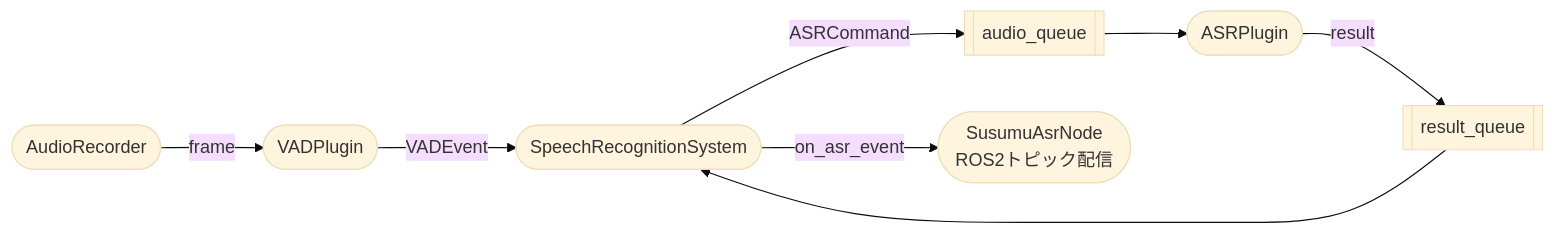
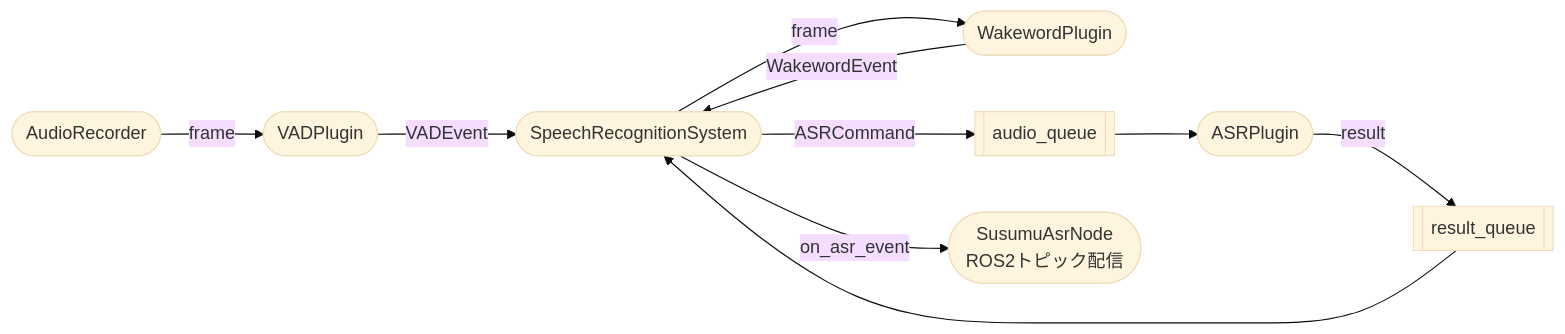
The first of 8 diagrams in susumu_asr_ros/README_modules.md (sato-susumu/susumu_asr_ros), drawn with Mermaid (base theme) before and after one commit. The commit also changed other lines of this file and 25 other files, not shown here.

First line of the commit message:
WakewordPlugin を VAD から分離し状態機械を導入

````diff
--- a/susumu_asr_ros/README_modules.md
+++ b/susumu_asr_ros/README_modules.md
@@ -35,18 +38,21 @@
 ```mermaid
 flowchart LR
     AR([AudioRecorder])
     VAD([VADPlugin])
+    WW([WakewordPlugin])
     AQ[[audio_queue]]
     ASR([ASRPlugin])
     RQ[[result_queue]]
     SRS([SpeechRecognitionSystem])
     NODE([SusumuAsrNode\nROS2トピック配信])
 
     AR -->|frame| VAD
     VAD -->|VADEvent| SRS
+    SRS -->|frame| WW
+    WW -->|WakewordEvent| SRS
     SRS -->|ASRCommand| AQ
     AQ --> ASR
     ASR -->|result| RQ
     RQ --> SRS
     SRS -->|on_asr_event| NODE
 ```
````
